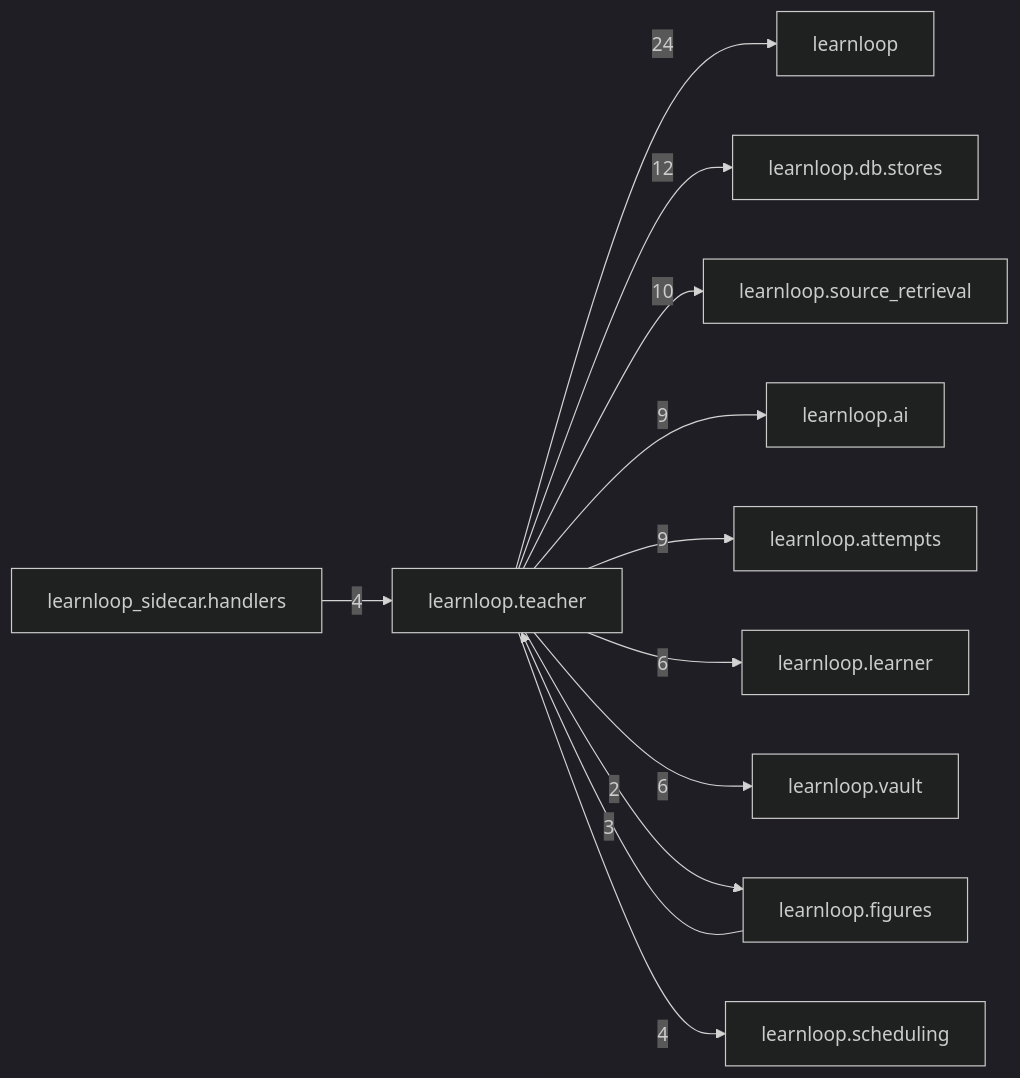
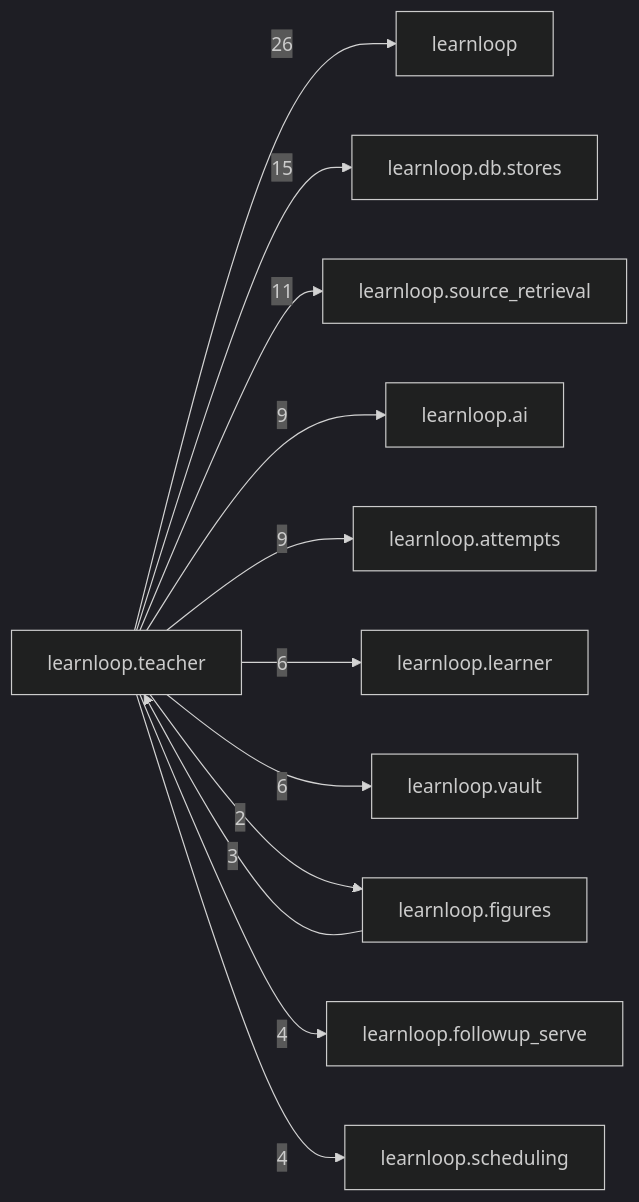
The diagram in docs/learnloop-architecture-vault/Reference/Modules/learnloop/teacher/_package.md (6up-b/learnanything), drawn with Mermaid (dark theme) before and after one commit. The commit also changed other lines of this file and 13 other files, not shown here.

````diff
--- a/docs/learnloop-architecture-vault/Reference/Modules/learnloop/teacher/_package.md
+++ b/docs/learnloop-architecture-vault/Reference/Modules/learnloop/teacher/_package.md
@@ -120,25 +122,25 @@
 ```mermaid
 flowchart LR
     center["learnloop.teacher"]
     n_learnloop["learnloop"]
     n_learnloop_db_stores["learnloop.db.stores"]
     n_learnloop_source_retrieval["learnloop.source_retrieval"]
     n_learnloop_ai["learnloop.ai"]
     n_learnloop_attempts["learnloop.attempts"]
     n_learnloop_learner["learnloop.learner"]
     n_learnloop_vault["learnloop.vault"]
     n_learnloop_figures["learnloop.figures"]
+    n_learnloop_followup_serve["learnloop.followup_serve"]
     n_learnloop_scheduling["learnloop.scheduling"]
-    n_learnloop_sidecar_handlers["learnloop_sidecar.handlers"]
-    center -->|24| n_learnloop
-    center -->|12| n_learnloop_db_stores
-    center -->|10| n_learnloop_source_retrieval
+    center -->|26| n_learnloop
+    center -->|15| n_learnloop_db_stores
+    center -->|11| n_learnloop_source_retrieval
     center -->|9| n_learnloop_ai
     center -->|9| n_learnloop_attempts
     center -->|6| n_learnloop_learner
     center -->|6| n_learnloop_vault
     n_learnloop_figures -->|3| center
     center -->|2| n_learnloop_figures
+    center -->|4| n_learnloop_followup_serve
     center -->|4| n_learnloop_scheduling
-    n_learnloop_sidecar_handlers -->|4| center
 ```
````
